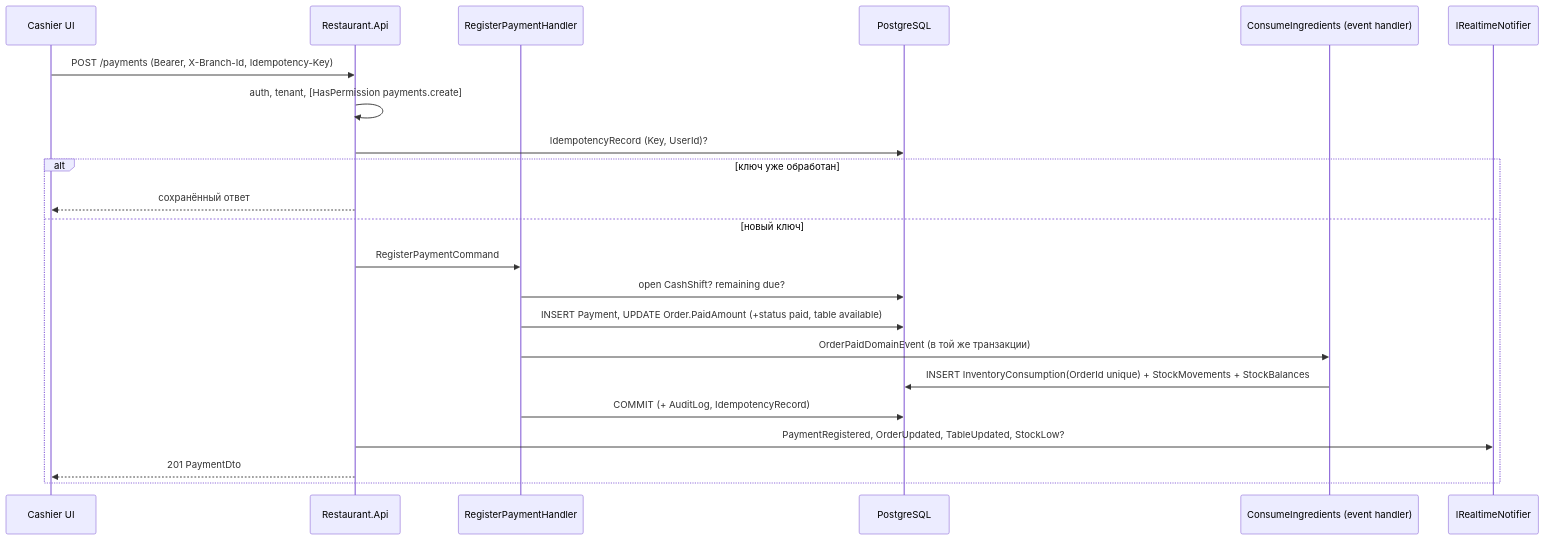
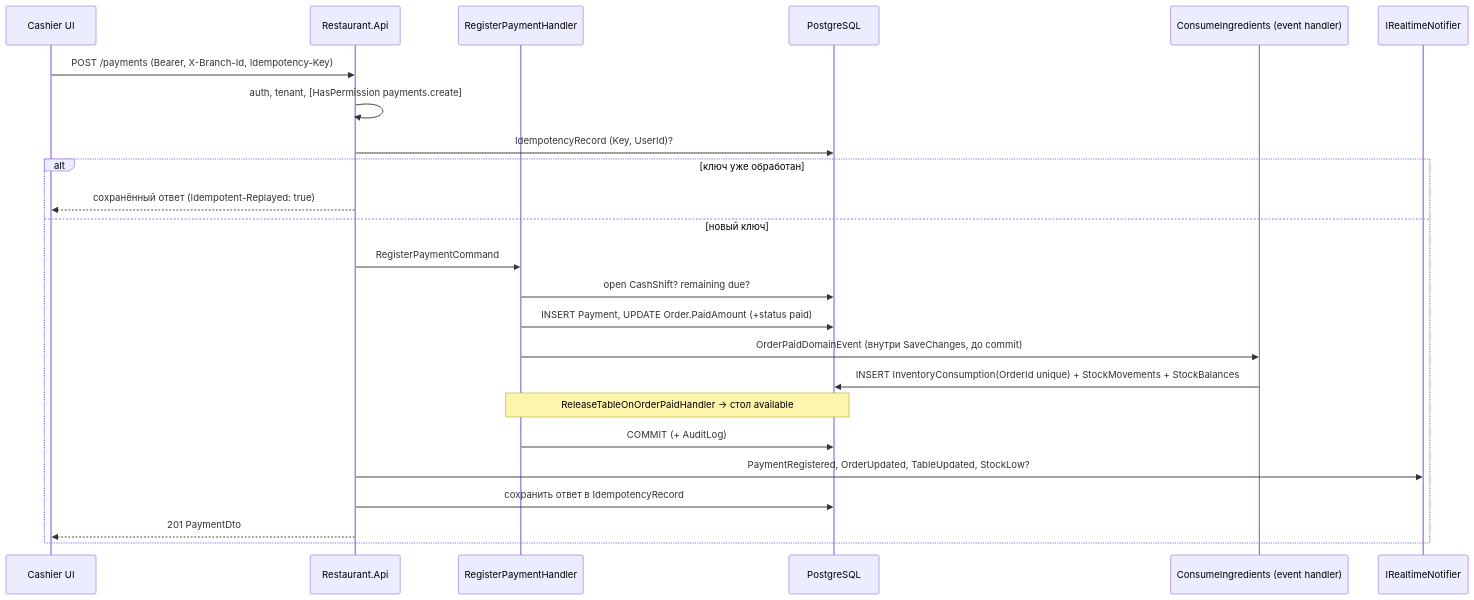
The fifth of 5 diagrams in docs/architecture/SYSTEM_OVERVIEW.md (Urgenchbayev-Alibek/respos), drawn with Mermaid before and after one commit. The commit also changed other lines of this file and 15 other files, not shown here.

Commit message:
docs: sync business rules, ERD, ADRs, overview, deployment, README with implementation

````diff
--- a/docs/architecture/SYSTEM_OVERVIEW.md
+++ b/docs/architecture/SYSTEM_OVERVIEW.md
@@ -137,24 +145,26 @@
 ```mermaid
 sequenceDiagram
   participant UI as Cashier UI
   participant API as Restaurant.Api
   participant H as RegisterPaymentHandler
   participant DB as PostgreSQL
   participant INV as ConsumeIngredients (event handler)
   participant RT as IRealtimeNotifier
   UI->>API: POST /payments (Bearer, X-Branch-Id, Idempotency-Key)
   API->>API: auth, tenant, [HasPermission payments.create]
   API->>DB: IdempotencyRecord (Key, UserId)?
   alt ключ уже обработан
-    API-->>UI: сохранённый ответ
+    API-->>UI: сохранённый ответ (Idempotent-Replayed: true)
   else новый ключ
     API->>H: RegisterPaymentCommand
     H->>DB: open CashShift? remaining due?
-    H->>DB: INSERT Payment, UPDATE Order.PaidAmount (+status paid, table available)
-    H->>INV: OrderPaidDomainEvent (в той же транзакции)
+    H->>DB: INSERT Payment, UPDATE Order.PaidAmount (+status paid)
+    H->>INV: OrderPaidDomainEvent (внутри SaveChanges, до commit)
     INV->>DB: INSERT InventoryConsumption(OrderId unique) + StockMovements + StockBalances
-    H->>DB: COMMIT (+ AuditLog, IdempotencyRecord)
+    Note over H,DB: ReleaseTableOnOrderPaidHandler → стол available
+    H->>DB: COMMIT (+ AuditLog)
     API->>RT: PaymentRegistered, OrderUpdated, TableUpdated, StockLow?
+    API->>DB: сохранить ответ в IdempotencyRecord
     API-->>UI: 201 PaymentDto
   end
 ```
````
